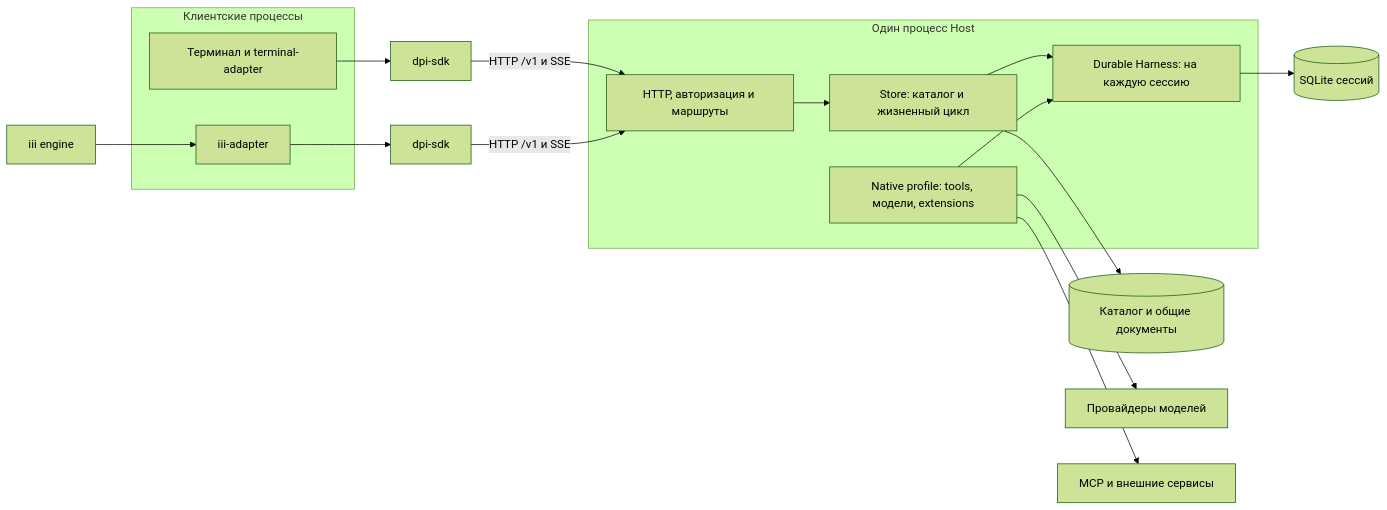
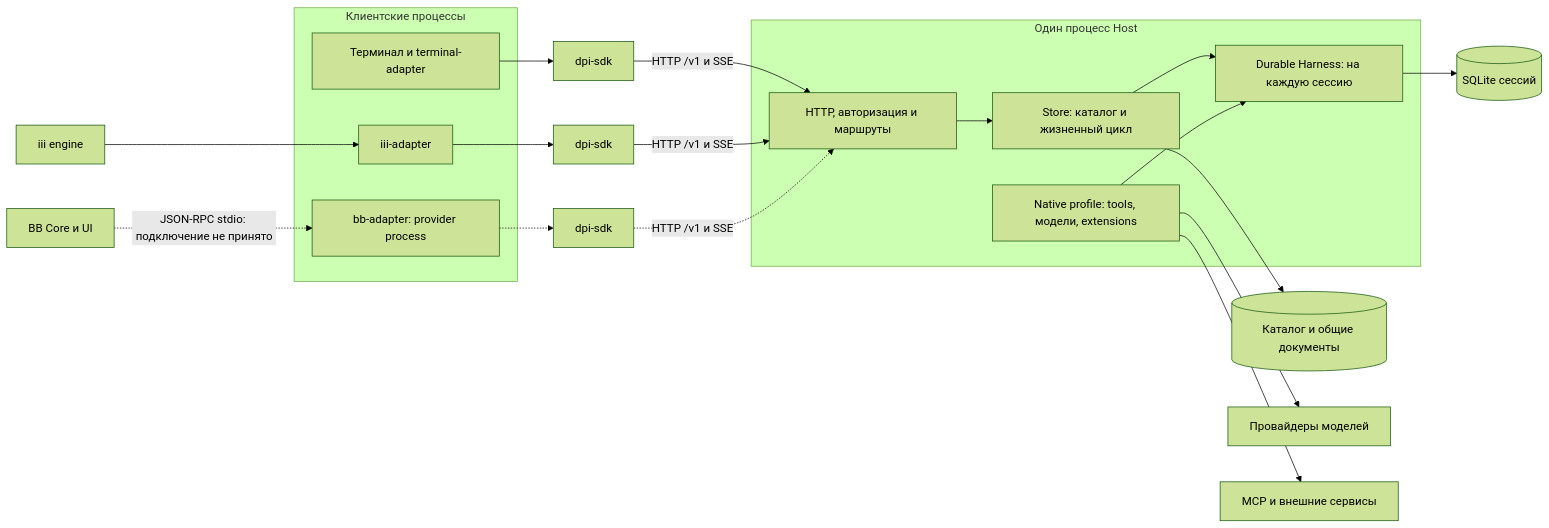
One commit to Diffuzmetall/pi-durable-host changed the first of 4 diagrams in docs/architecture/README.md. Above: the diagram before and after it, drawn with Mermaid (forest theme). The commit also changed other lines of this file and 31 other files, not shown here.

Commit message:
docs: compare seven Host backends and clarify architecture

````diff
--- a/docs/architecture/README.md
+++ b/docs/architecture/README.md
@@ -33,25 +37,29 @@
 ```mermaid
 flowchart LR
   subgraph Clients[Клиентские процессы]
     T[Терминал и terminal-adapter]
     I[iii-adapter]
+    BA[bb-adapter: provider process]
   end
   E[iii engine] --> I
+  BB[BB Core и UI] -. JSON-RPC stdio: подключение не принято .-> BA
   T --> S1[dpi-sdk]
   I --> S2[dpi-sdk]
+  BA -.-> S3[dpi-sdk]
   S1 -->|HTTP /v1 и SSE| API
   S2 -->|HTTP /v1 и SSE| API
+  S3 -. HTTP /v1 и SSE .-> API
   subgraph Host[Один процесс Host]
     API[HTTP, авторизация и маршруты]
     ST[Store: каталог и жизненный цикл]
     H[Durable Harness: на каждую сессию]
     P[Native profile: tools, модели, extensions]
     API --> ST
     ST --> H
     P --> H
   end
   H --> DB[(SQLite сессий)]
   ST --> CAT[(Каталог и общие документы)]
   P --> L[Провайдеры моделей]
   P --> M[MCP и внешние сервисы]
 ```
````
